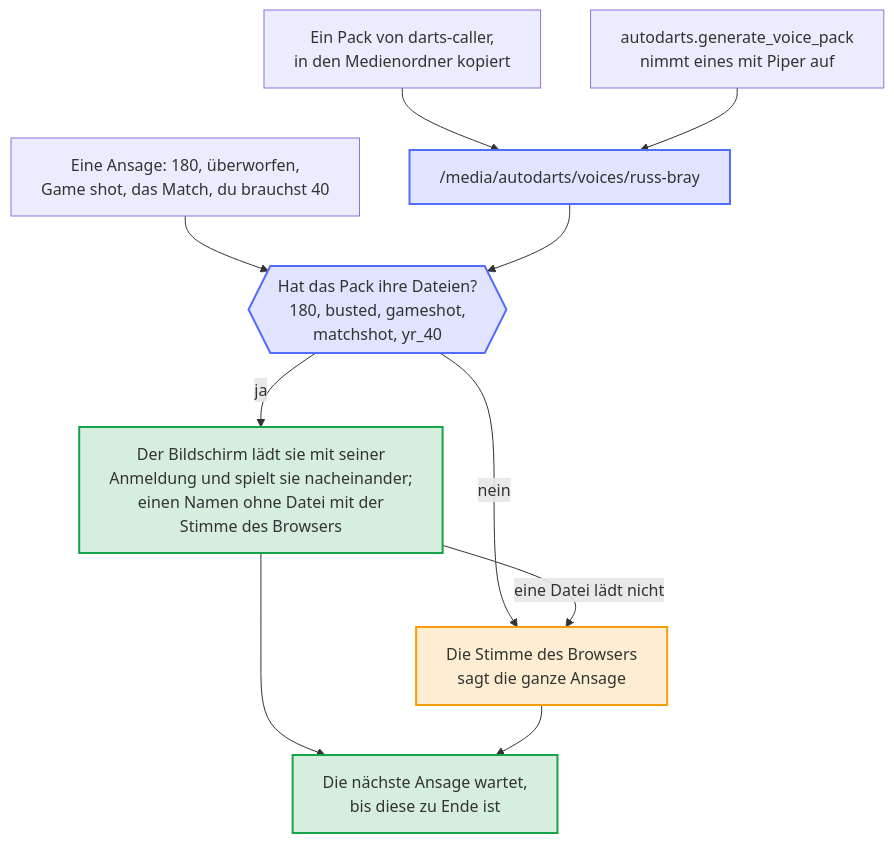
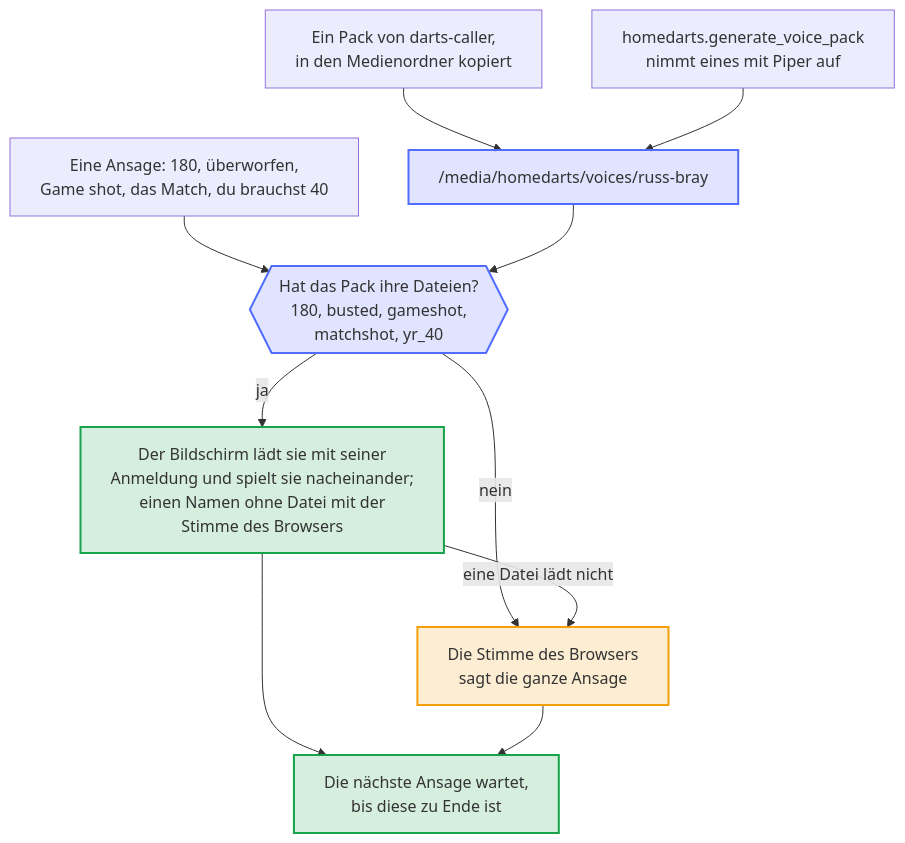
Before and after one commit to Dennis-Otto/ha-autodarts: the diagram in docs/diagrams/voice-packs.de.mmd, drawn with Mermaid. The commit also changed 506 other files, not shown here.

First line of the commit message:
feat!: HomeDarts for Autodarts, a name of its own (#442)

```diff
--- a/docs/diagrams/voice-packs.de.mmd
+++ b/docs/diagrams/voice-packs.de.mmd
@@ -1,25 +1,25 @@
 ---
 config:
   flowchart:
     wrappingWidth: 400
 ---
 flowchart TB
   accTitle: So spricht der Caller mit einem Voice-Pack
-  accDescr: Ein Voice-Pack ist ein Ordner in autodarts/voices des Medienordners, entweder ein dorthin kopiertes Pack von darts-caller oder eines, das autodarts.generate_voice_pack mit einer Text-to-Speech-Engine wie Piper aufgenommen hat. Für jede Ansage sucht die Anzeigetafel die Dateien der Ansage im Pack, etwa 180, busted, gameshot oder yr_40. Hat das Pack sie, lädt der Bildschirm sie mit seiner Anmeldung aus Home Assistant und spielt sie nacheinander ab, einen Namen ohne Datei mit der Stimme des Browsers. Fehlt dem Pack die Ansage oder lädt eine Datei nicht, sagt die Stimme des Browsers die ganze Ansage. In jedem Fall wartet die nächste Ansage, bis diese zu Ende ist.
+  accDescr: Ein Voice-Pack ist ein Ordner in homedarts/voices des Medienordners, entweder ein dorthin kopiertes Pack von darts-caller oder eines, das homedarts.generate_voice_pack mit einer Text-to-Speech-Engine wie Piper aufgenommen hat. Für jede Ansage sucht die Anzeigetafel die Dateien der Ansage im Pack, etwa 180, busted, gameshot oder yr_40. Hat das Pack sie, lädt der Bildschirm sie mit seiner Anmeldung aus Home Assistant und spielt sie nacheinander ab, einen Namen ohne Datei mit der Stimme des Browsers. Fehlt dem Pack die Ansage oder lädt eine Datei nicht, sagt die Stimme des Browsers die ganze Ansage. In jedem Fall wartet die nächste Ansage, bis diese zu Ende ist.
 
-  COPY["Ein Pack von darts-caller,<br/>in den Medienordner kopiert"] --> FOLDER["/media/autodarts/voices/russ-bray"]
-  GENERATE["autodarts.generate_voice_pack<br/>nimmt eines mit Piper auf"] --> FOLDER
+  COPY["Ein Pack von darts-caller,<br/>in den Medienordner kopiert"] --> FOLDER["/media/homedarts/voices/russ-bray"]
+  GENERATE["homedarts.generate_voice_pack<br/>nimmt eines mit Piper auf"] --> FOLDER
   CALL["Eine Ansage: 180, überworfen,<br/>Game shot, das Match, du brauchst 40"] --> FILES{{"Hat das Pack ihre Dateien?<br/>180, busted, gameshot,<br/>matchshot, yr_40"}}
   FOLDER --> FILES
   FILES -- "ja" --> PLAY["Der Bildschirm lädt sie mit seiner<br/>Anmeldung und spielt sie nacheinander;<br/>einen Namen ohne Datei mit der<br/>Stimme des Browsers"]
   FILES -- "nein" --> BROWSER["Die Stimme des Browsers<br/>sagt die ganze Ansage"]
   PLAY -- "eine Datei lädt nicht" --> BROWSER
   PLAY --> NEXT["Die nächste Ansage wartet,<br/>bis diese zu Ende ist"]
   BROWSER --> NEXT
 
   classDef bot fill:#526cfe2e,stroke:#526cfe,stroke-width:2px
   classDef done fill:#16a34a2e,stroke:#16a34a,stroke-width:2px
   classDef warn fill:#f59e0b2e,stroke:#f59e0b,stroke-width:2px
   class FOLDER,FILES bot
   class PLAY,NEXT done
   class BROWSER warn
```
